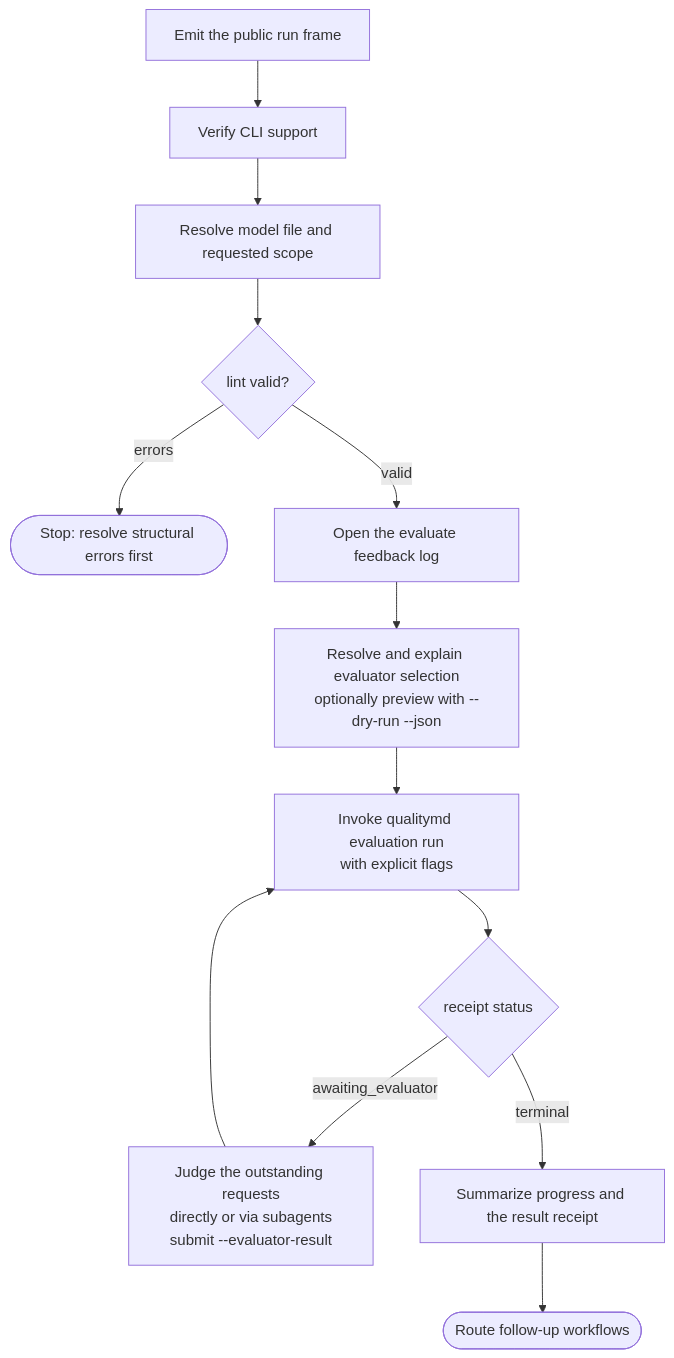
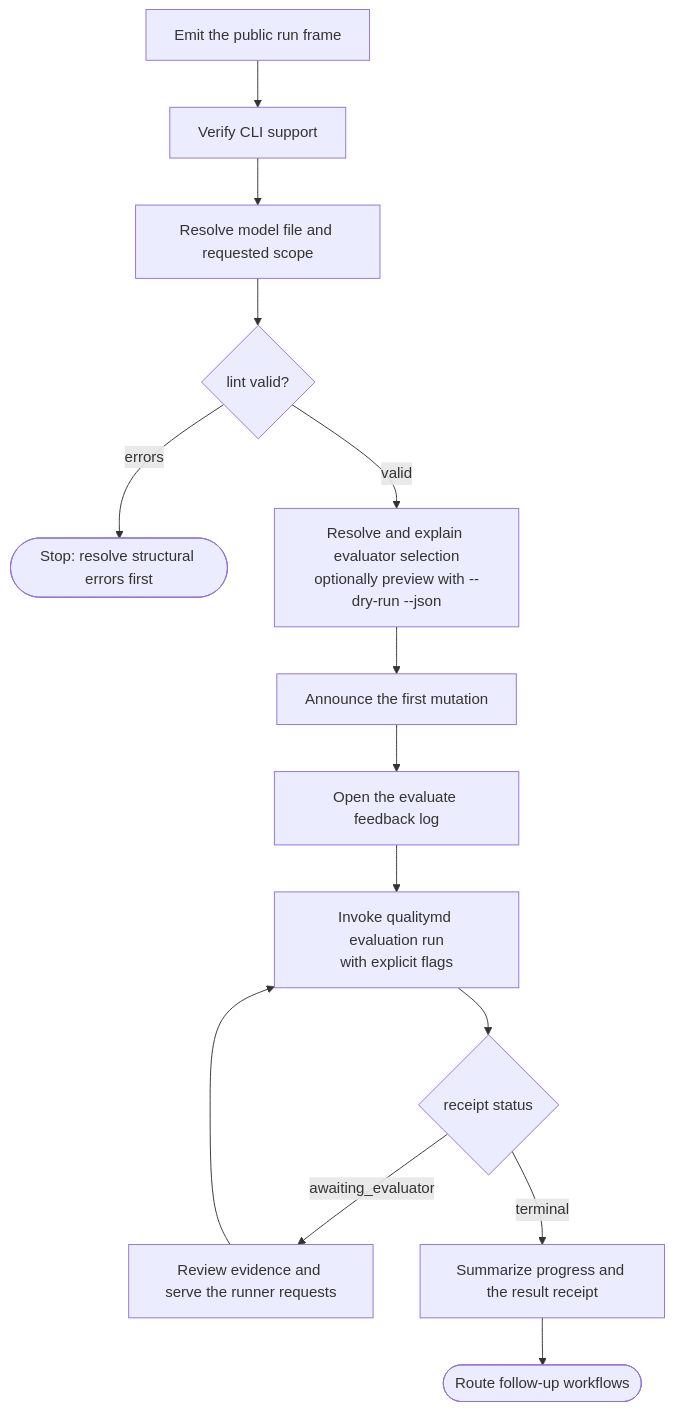
One commit to qualitymd/quality.md changed the diagram in specs/skills/quality-skill/evaluation.md. Above: the diagram before and after it, drawn with Mermaid. The commit also changed other lines of this file and 18 other files, not shown here.

````diff
--- a/specs/skills/quality-skill/evaluation.md
+++ b/specs/skills/quality-skill/evaluation.md
@@ -235,15 +244,16 @@
 ```mermaid
 flowchart TD
     Frame[Emit the public run frame] --> Verify[Verify CLI support]
     Verify --> Resolve[Resolve model file and requested scope]
     Resolve --> Lint{lint valid?}
     Lint -->|errors| Stop([Stop: resolve structural errors first])
-    Lint -->|valid| Log[Open the evaluate feedback log]
-    Log --> Select[Resolve and explain evaluator selection<br/>optionally preview with --dry-run --json]
-    Select --> Run[Invoke qualitymd evaluation run<br/>with explicit flags]
+    Lint -->|valid| Select[Resolve and explain evaluator selection<br/>optionally preview with --dry-run --json]
+    Select --> Start[Announce the first mutation]
+    Start --> Log[Open the evaluate feedback log]
+    Log --> Run[Invoke qualitymd evaluation run<br/>with explicit flags]
     Run --> Receipt{receipt status}
-    Receipt -->|awaiting_evaluator| Judge[Judge the outstanding requests<br/>directly or via subagents<br/>submit --evaluator-result]
+    Receipt -->|awaiting_evaluator| Judge[Review evidence and serve the runner requests]
     Judge --> Run
     Receipt -->|terminal| Summarize[Summarize progress and the result receipt]
     Summarize --> Route([Route follow-up workflows])
 ```
````
